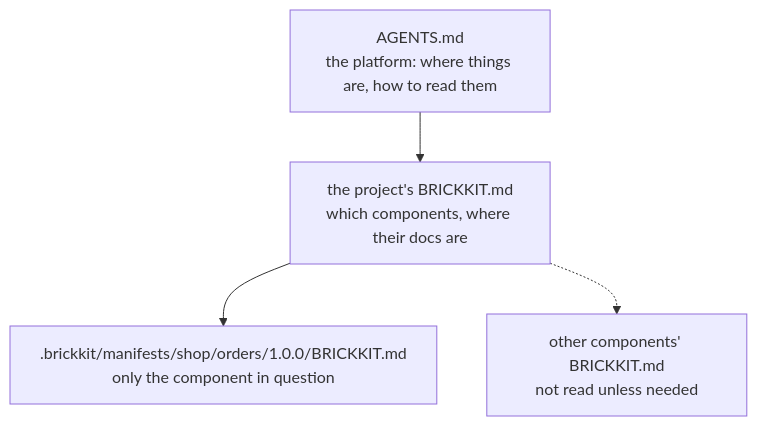
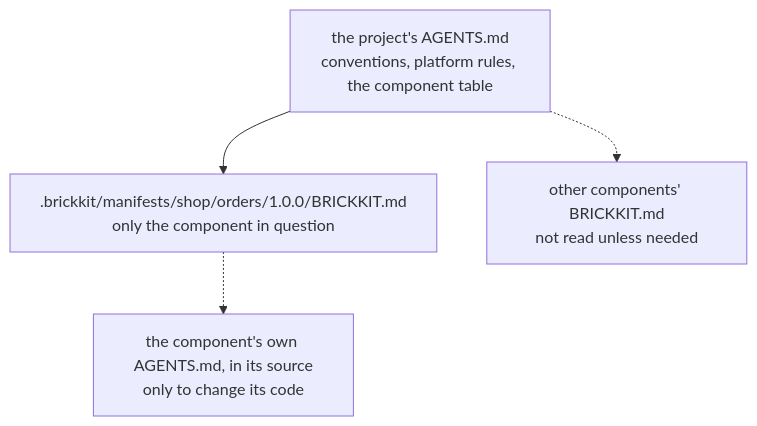
Before and after one commit to brickKit/brickKit: the diagram in docs/en/00-intro/06-fractal-architecture.md, drawn with Mermaid. The commit also changed other lines of this file and 85 other files, not shown here.

First line of the commit message:
docs: component and project documentation — the spec page, AGENTS.md, translations, lint checks; an end-to-end test

````diff
--- a/docs/en/00-intro/06-fractal-architecture.md
+++ b/docs/en/00-intro/06-fractal-architecture.md
@@ -149,6 +166,6 @@
 ```mermaid
 graph TD
-    A["AGENTS.md<br/>the platform: where things are, how to read them"] --> P["the project's BRICKKIT.md<br/>which components, where their docs are"]
-    P --> C1[".brickkit/manifests/shop/orders/1.0.0/BRICKKIT.md<br/>only the component in question"]
+    P["the project's AGENTS.md<br/>conventions, platform rules, the component table"] --> C1[".brickkit/manifests/shop/orders/1.0.0/BRICKKIT.md<br/>only the component in question"]
     P -.-> C2["other components' BRICKKIT.md<br/>not read unless needed"]
+    C1 -.-> D["the component's own AGENTS.md, in its source<br/>only to change its code"]
 ```
````
